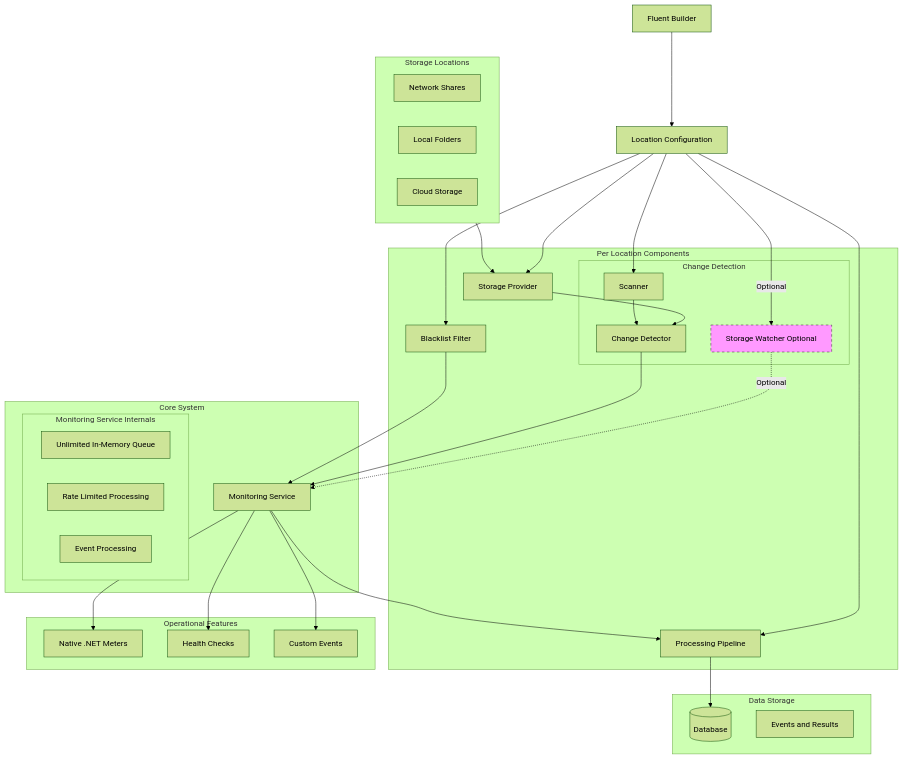
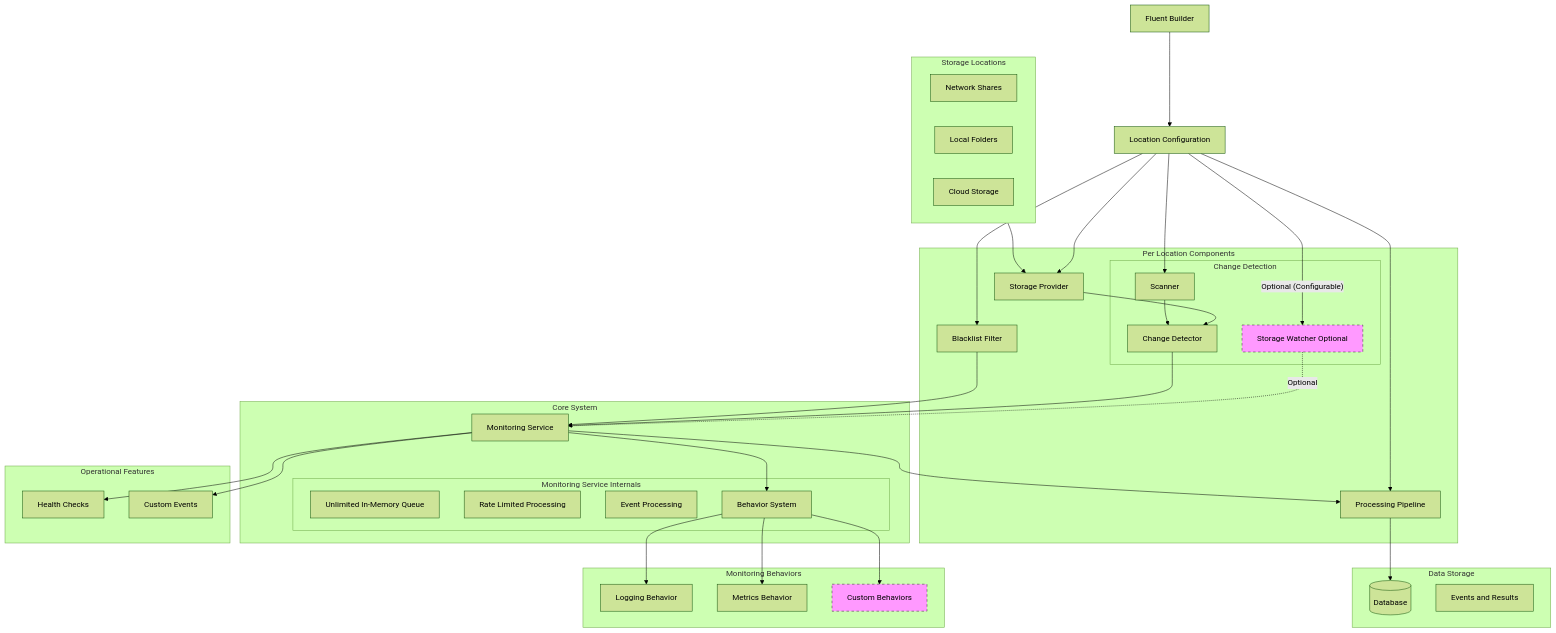
The first of 3 diagrams in src/Application.Storage/Monitoring/ARCHITECTURE.md (BridgingIT-GmbH/bITdevKit), drawn with Mermaid (forest theme) before and after one commit. The commit also changed other lines of this file and 3 other files, not shown here.

````diff
--- a/src/Application.Storage/Monitoring/ARCHITECTURE.md
+++ b/src/Application.Storage/Monitoring/ARCHITECTURE.md
@@ -10,61 +10,70 @@
 ```mermaid
 graph TD
     subgraph Locations[Storage Locations]
         NS[Network Shares]
         LF[Local Folders]
         CS[Cloud Storage]
     end
 
     subgraph PerLocation[Per Location Components]
         SP[Storage Provider]
         subgraph Detection[Change Detection]
             SW[Storage Watcher Optional]
             SC[Scanner]
             CD[Change Detector]
         end
         PP[Processing Pipeline]
         BL[Blacklist Filter]
     end
 
     subgraph Core[Core System]
         MS[Monitoring Service]
         subgraph MonitoringService[Monitoring Service Internals]
             EQ[Unlimited In-Memory Queue]
             RLD[Rate Limited Processing]
             EP[Event Processing]
+            BH[Behavior System]
         end
+    end
+
+    subgraph Behaviors[Monitoring Behaviors]
+        LG[Logging Behavior]
+        MT[Metrics Behavior]
+        CB[Custom Behaviors]
     end
 
     subgraph Data[Data Storage]
         DB[(Database)]
         EV[Events and Results]
     end
 
     subgraph Operations[Operational Features]
-        MT[Native .NET Meters]
         HC[Health Checks]
         CE[Custom Events]
     end
 
     FB[Fluent Builder] --> LC[Location Configuration]
     LC --> SP
-    LC -- Optional --> SW
+    LC -- Optional (Configurable) --> SW
     LC --> SC
     LC --> PP
     LC --> BL
-    
+
     Locations --> SP
     SP --> CD
     SW -. Optional .-> MS
     SC --> CD
     CD --> MS
     BL --> MS
     MS --> PP
     PP --> DB
-    MS --> MT
+    MS --> BH
+    BH --> LG
+    BH --> MT
+    BH --> CB
     MS --> HC
     MS --> CE
 
     classDef optional fill:#f9f,stroke:#333,stroke-dasharray: 5 5;
-    class SW optional;
+    class SW,CB optional;
 ```
````
